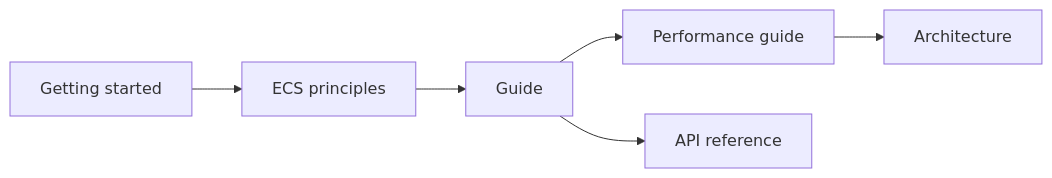
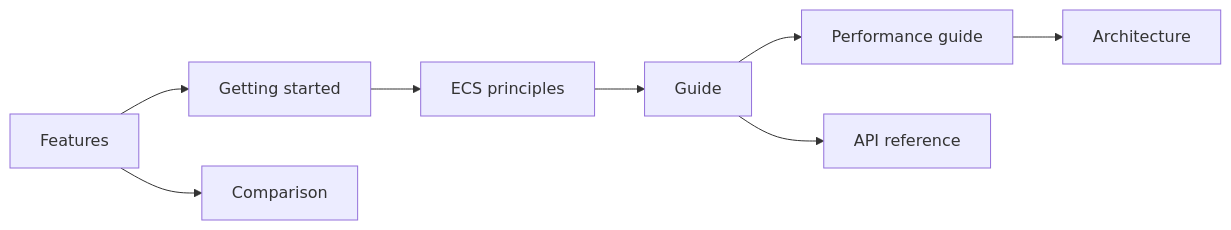
The diagram in doc/README.md (JasonXuDeveloper/EasyEcs), drawn with Mermaid before and after one commit. The commit also changed other lines of this file and 21 other files, not shown here.

First line of the commit message:
docs: features and comparison pages, at-a-glance guides, new numbers

````diff
--- a/doc/README.md
+++ b/doc/README.md
@@ -6,6 +6,7 @@
 ```mermaid
 flowchart LR
-    A[Getting started] --> B[ECS principles] --> C[Guide] --> D[Performance guide]
+    F0[Features] --> A[Getting started] --> B[ECS principles] --> C[Guide] --> D[Performance guide]
     C --> E[API reference]
     D --> F[Architecture]
+    F0 --> G[Comparison]
 ```
````
